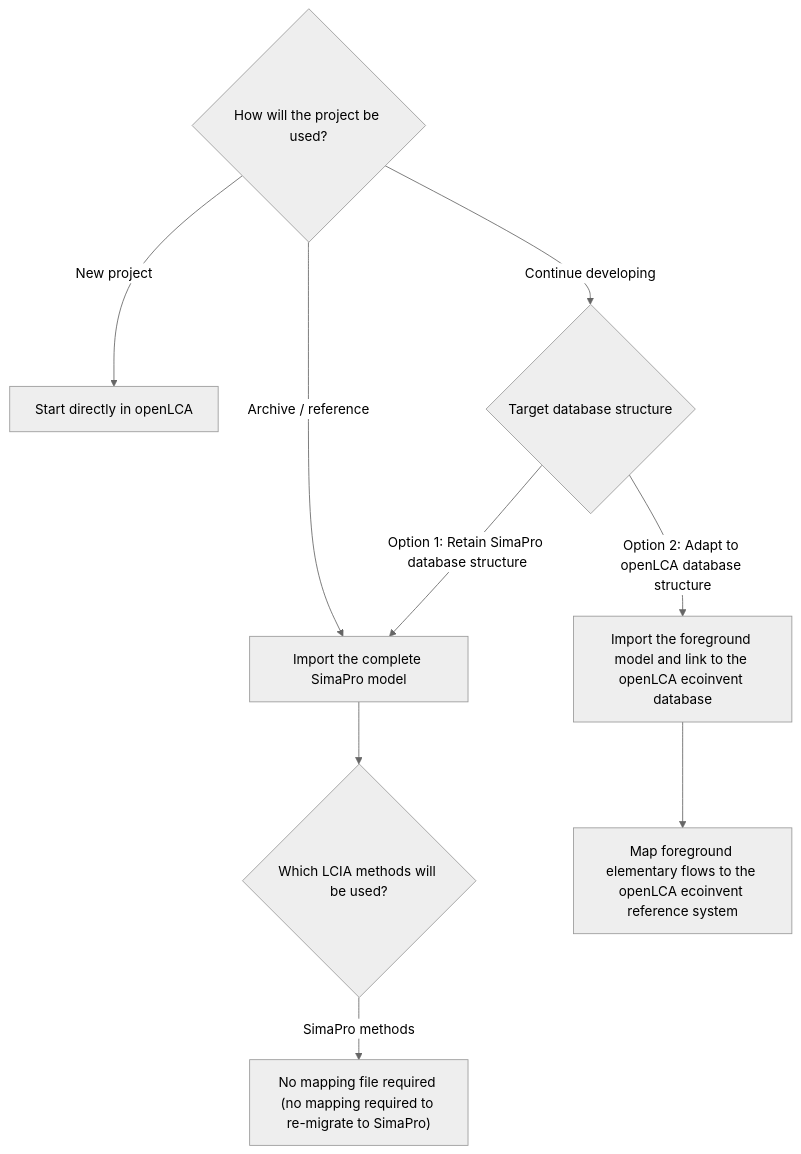
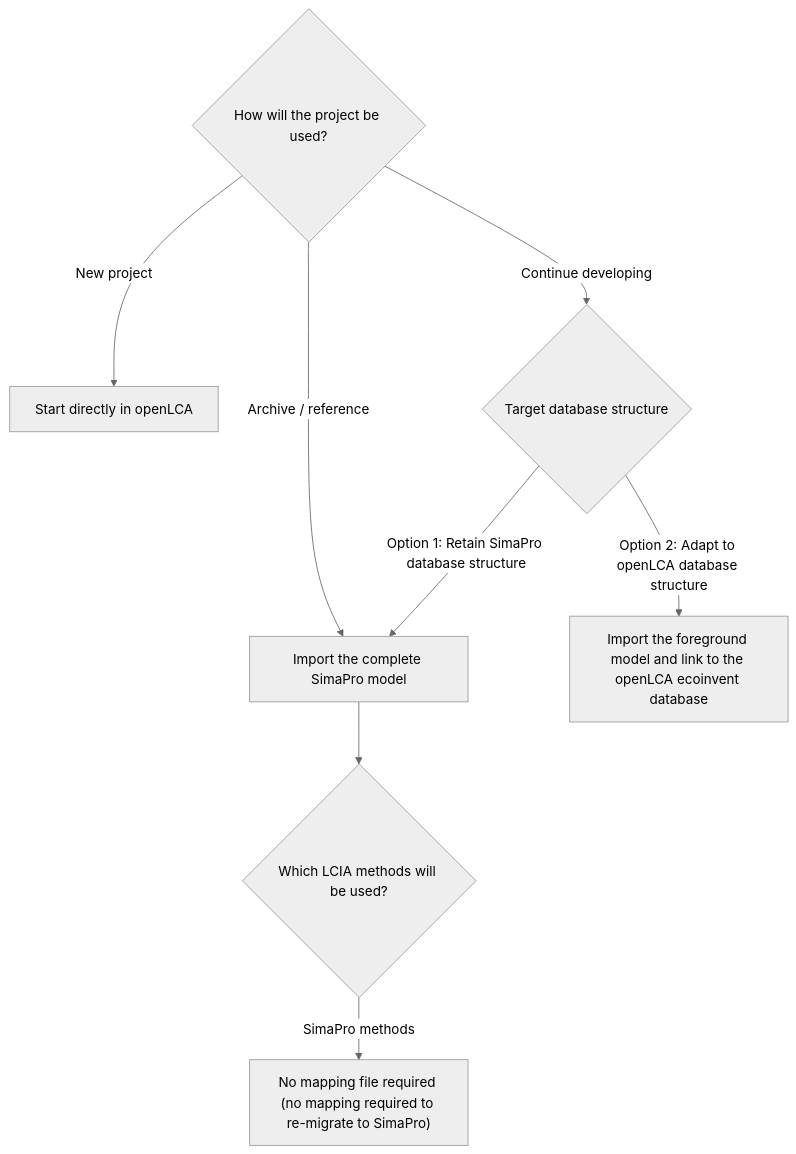
One commit to GreenDelta/openLCA2-manual changed the diagram in src/migrating_other_software.md. Above: the diagram before and after it, drawn with Mermaid (neutral theme). The commit also changed other lines of this file, not shown here.

````diff
--- a/src/migrating_other_software.md
+++ b/src/migrating_other_software.md
@@ -30,17 +30,16 @@
 ```mermaid
 flowchart TD
     A{"How will the project be used?"}
 
     A -->|New project| B["Start directly in openLCA"]
     A -->|Archive / reference| C["Import the complete SimaPro model"]
     A -->|Continue developing| D{"Target database structure"}
 
     D -->|Option 1: Retain SimaPro database structure| C
     D -->|Option 2: Adapt to openLCA database structure| E["Import the foreground model and link to the openLCA ecoinvent database"]
 
     C --> F{"Which LCIA methods will be used?"}
 
     F -->|SimaPro methods| H["No mapping file required (no mapping required to re-migrate to SimaPro)"]
 
-    E --> I["Map foreground elementary flows to the openLCA ecoinvent reference system"]
 ```
````
